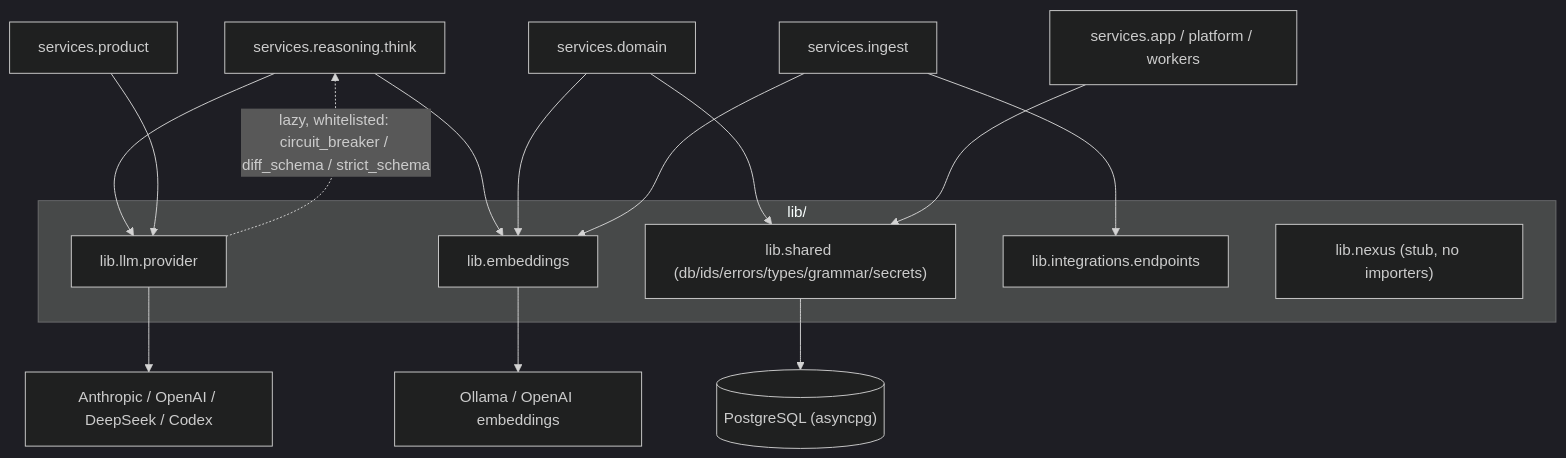
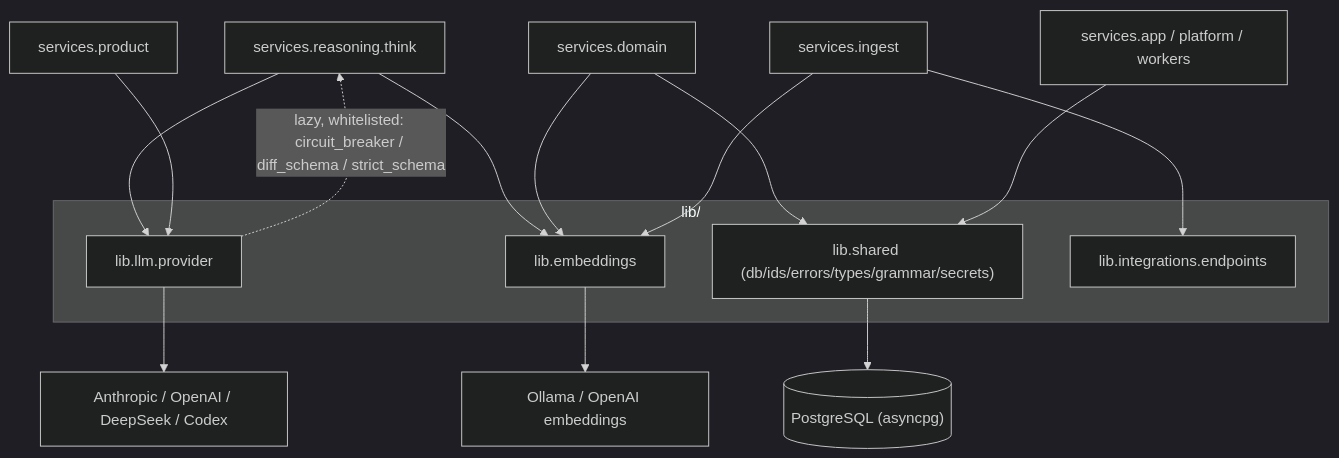
One commit to Fyralisinc/fyraliscore changed the diagram in docs/architecture/lib.md. Above: the diagram before and after it, drawn with Mermaid (dark theme). The commit also changed other lines of this file and 24 other files, not shown here.

````diff
--- a/docs/architecture/lib.md
+++ b/docs/architecture/lib.md
@@ -43,33 +41,32 @@
 ```mermaid
 graph TD
     REASON["services.reasoning.think"]
     PRODUCT["services.product"]
     INGEST["services.ingest"]
     DOMAIN["services.domain"]
     OTHER["services.app / platform / workers"]
 
     subgraph lib["lib/"]
       LLMP["lib.llm.provider"]
       EMB["lib.embeddings"]
       SH["lib.shared (db/ids/errors/types/grammar/secrets)"]
       EP["lib.integrations.endpoints"]
-      NX["lib.nexus (stub, no importers)"]
     end
 
     SDK["Anthropic / OpenAI / DeepSeek / Codex"]
     OLL["Ollama / OpenAI embeddings"]
     PG[("PostgreSQL (asyncpg)")]
 
     REASON --> LLMP
     PRODUCT --> LLMP
     REASON --> EMB
     DOMAIN --> EMB
     INGEST --> EMB
     INGEST --> EP
     DOMAIN --> SH
     OTHER --> SH
     LLMP --> SDK
     EMB --> OLL
     SH --> PG
     LLMP -. "lazy, whitelisted: circuit_breaker / diff_schema / strict_schema" .-> REASON
 ```
````
